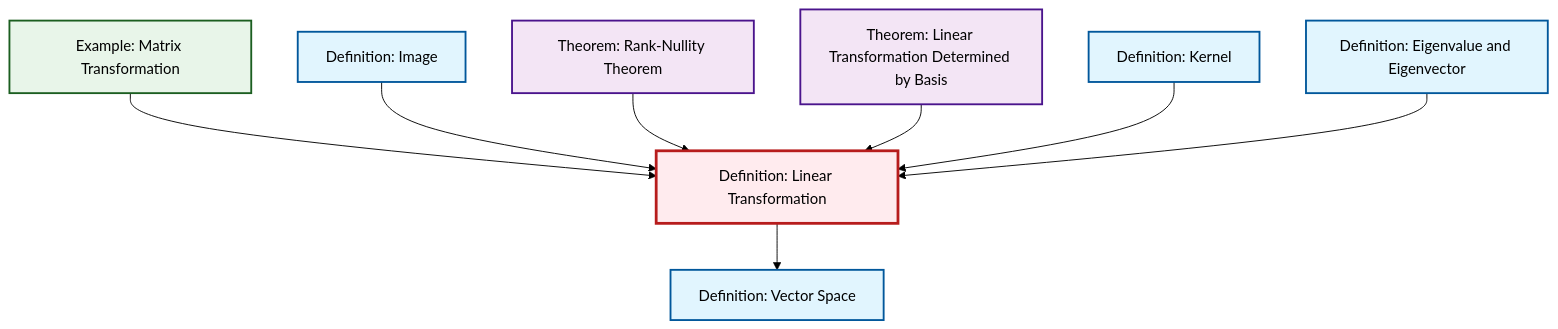
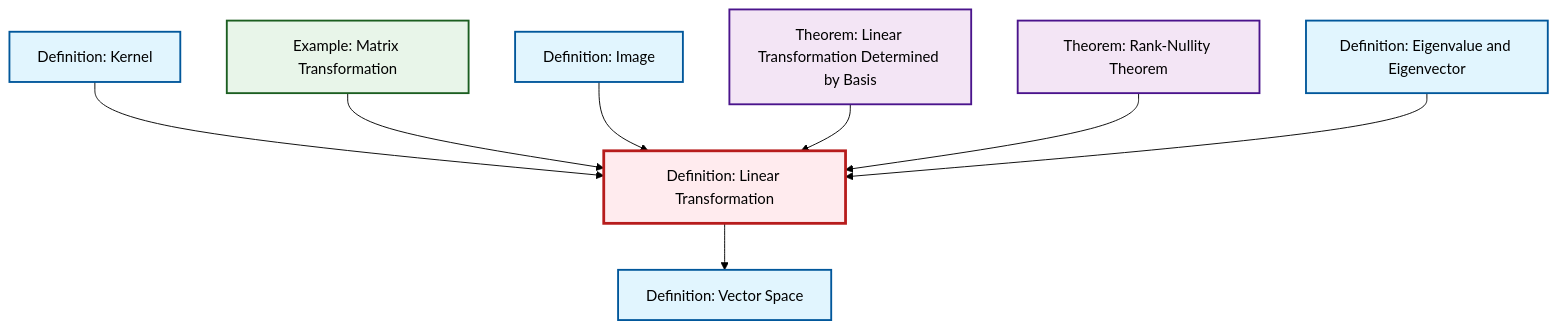
The diagram in content/ja/algebra/def-linear-transformation.qmd (RK0429/ModernMath), drawn with Mermaid (forest theme) before and after one commit. The commit also changed other lines of this file and 497 other files, not shown here.

````diff
--- a/content/ja/algebra/def-linear-transformation.qmd
+++ b/content/ja/algebra/def-linear-transformation.qmd
@@ -46,32 +46,32 @@
 ```{mermaid}
 %%| fig-cap: "Local dependency graph"
 graph TD
     classDef definition fill:#e1f5fe,stroke:#01579b,stroke-width:2px
     classDef theorem fill:#f3e5f5,stroke:#4a148c,stroke-width:2px
     classDef axiom fill:#fff3e0,stroke:#e65100,stroke-width:2px
     classDef example fill:#e8f5e9,stroke:#1b5e20,stroke-width:2px
     classDef current fill:#ffebee,stroke:#b71c1c,stroke-width:3px
+    def-kernel["Definition: Kernel"]:::definition
+    ex-matrix-transformation["Example: Matrix Transformation"]:::example
+    def-eigenvalue-eigenvector["Definition: Eigenvalue and Eigenvector"]:::definition
+    thm-rank-nullity["Theorem: Rank-Nullity Theorem"]:::theorem
+    def-vector-space["Definition: Vector Space"]:::definition
+    def-image["Definition: Image"]:::definition
+    def-linear-transformation["Definition: Linear Transformation"]:::definition
     thm-linear-transformation-basis["Theorem: Linear Transformation Determined by Basis"]:::theorem
-    thm-rank-nullity["Theorem: Rank-Nullity Theorem"]:::theorem
-    def-kernel["Definition: Kernel"]:::definition
-    def-image["Definition: Image"]:::definition
-    def-vector-space["Definition: Vector Space"]:::definition
-    def-eigenvalue-eigenvector["Definition: Eigenvalue and Eigenvector"]:::definition
-    ex-matrix-transformation["Example: Matrix Transformation"]:::example
-    def-linear-transformation["Definition: Linear Transformation"]:::definition
+    def-kernel --> def-linear-transformation
     ex-matrix-transformation --> def-linear-transformation
     def-image --> def-linear-transformation
-    thm-rank-nullity --> def-linear-transformation
     def-linear-transformation --> def-vector-space
     thm-linear-transformation-basis --> def-linear-transformation
-    def-kernel --> def-linear-transformation
+    thm-rank-nullity --> def-linear-transformation
     def-eigenvalue-eigenvector --> def-linear-transformation
     class def-linear-transformation current
+    click def-kernel "def-kernel.html" "Definition: Kernelへ"
+    click ex-matrix-transformation "ex-matrix-transformation.html" "Example: Matrix Transformationへ"
+    click def-eigenvalue-eigenvector "def-eigenvalue-eigenvector.html" "Definition: Eigenvalue and Eigenvectorへ"
+    click thm-rank-nullity "thm-rank-nullity.html" "Theorem: Rank-Nullity Theoremへ"
+    click def-vector-space "def-vector-space.html" "Definition: Vector Spaceへ"
+    click def-image "def-image.html" "Definition: Imageへ"
     click thm-linear-transformation-basis "thm-linear-transformation-basis.html" "Theorem: Linear Transformation Determined by Basisへ"
-    click thm-rank-nullity "thm-rank-nullity.html" "Theorem: Rank-Nullity Theoremへ"
-    click def-kernel "def-kernel.html" "Definition: Kernelへ"
-    click def-image "def-image.html" "Definition: Imageへ"
-    click def-vector-space "def-vector-space.html" "Definition: Vector Spaceへ"
-    click def-eigenvalue-eigenvector "def-eigenvalue-eigenvector.html" "Definition: Eigenvalue and Eigenvectorへ"
-    click ex-matrix-transformation "ex-matrix-transformation.html" "Example: Matrix Transformationへ"
 ```
````
